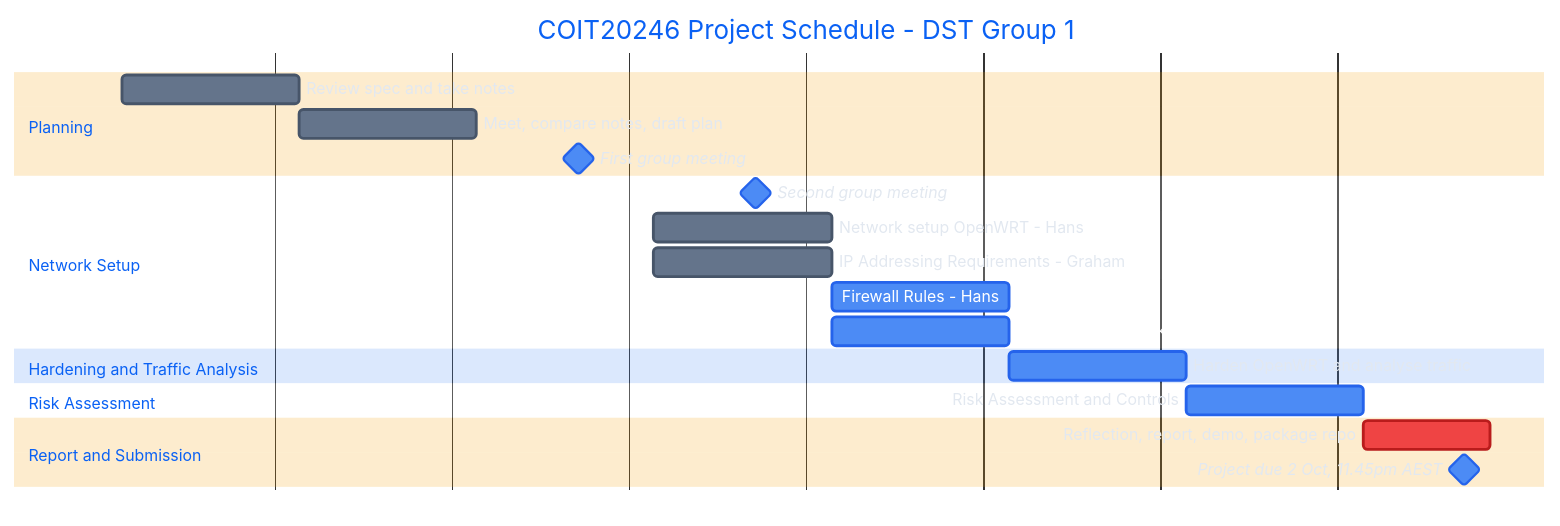
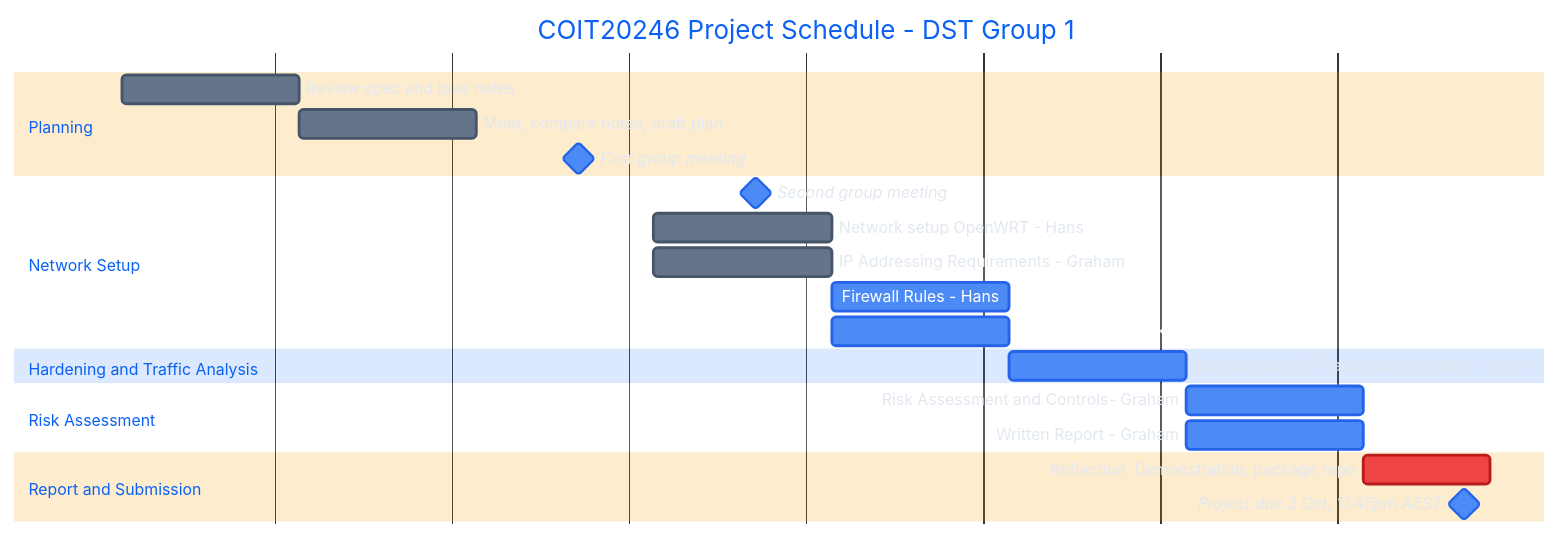
One commit to T22026-COIT20246-Project-30-MM/DST-Group-1 changed the diagram in plan.md. Above: the diagram before and after it, drawn with Mermaid. The commit also changed other lines of this file, not shown here.

````diff
--- a/plan.md
+++ b/plan.md
@@ -29,45 +29,46 @@
 ```mermaid
 %%{init: {'theme':'base', 'themeVariables': {
   'fontSize': '20px',
   'primaryColor': '#4C8BF5',
   'primaryTextColor': '#fff',
   'primaryBorderColor': '#2563eb',
   'lineColor': '#94a3b8',
   'secondaryColor': '#22c55e',
   'tertiaryColor': '#f59e0b',
   'doneTaskBkgColor': '#64748b',
   'doneTaskBorderColor': '#475569',
   'activeTaskBkgColor': '#4C8BF5',
   'activeTaskBorderColor': '#2563eb',
   'critBkgColor': '#ef4444',
   'critBorderColor': '#b91c1c',
   'taskTextColor': '#fff',
   'taskTextOutsideColor': '#e2e8f0'
 }}}%%
 gantt
     title COIT20246 Project Schedule - DST Group 1
     dateFormat  YYYY-MM-DD
     axisFormat  %b %d
 
     section Planning
     Review spec and take notes         :done, w5, 2026-08-10, 7d
     Meet, compare notes, draft plan    :done, w6, 2026-08-17, 7d
     First group meeting                :milestone, m1, 2026-08-28, 0d
 
     section Network Setup
     Second group meeting                :milestone, m2, 2026-09-04, 0d
     Network setup OpenWRT - Hans            :done, w7a, 2026-08-31, 7d
     IP Addressing Requirements - Graham     :done, w7b, 2026-08-31, 7d
     Firewall Rules - Hans                   :active, w8a, after w7a, 7d
     Production Network Diagram - Graham     :active, w8b, after w7b, 7d
 
     section Hardening and Traffic Analysis
-    Harden OpenWRT and analyse traffic      :w9, 2026-09-14, 7d
+    Harden OpenWRT and analyse traffic - Hans      :w9, 2026-09-14, 7d
 
     section Risk Assessment
-    Risk Assessment and Controls            :w10, 2026-09-21, 7d
+    Risk Assessment and Controls- Graham           :w10, 2026-09-21, 7d
+    Written Report - Graham                        :w10, 2026-09-21, 7d
 
-    section Report and Submission
-    Reflection, report, demo, package repo  :crit, w11, 2026-09-28, 5d
+    Section Report and Submission
+    Reflection, Demonstration, package repo  :crit, w11, 2026-09-28, 5d
     Project due 2 Oct, 11.45pm AEST         :milestone, due, 2026-10-02, 0d
 ```
````
